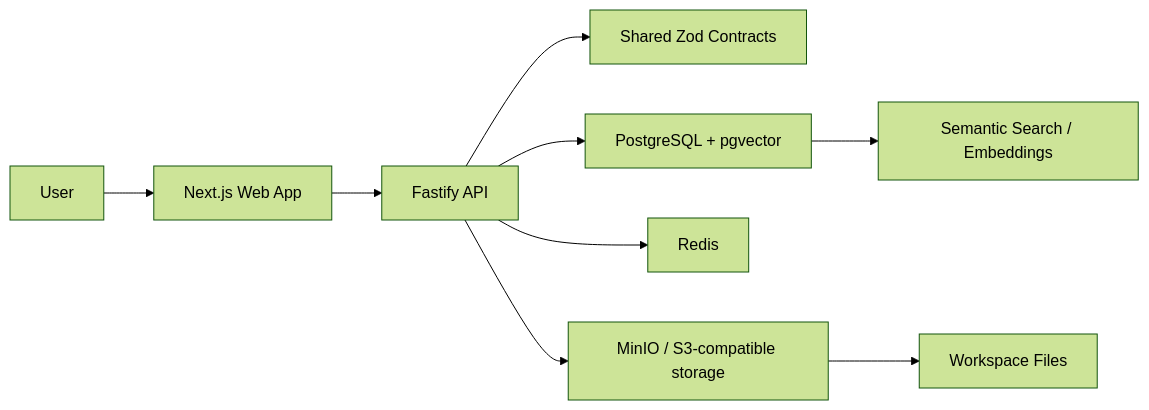
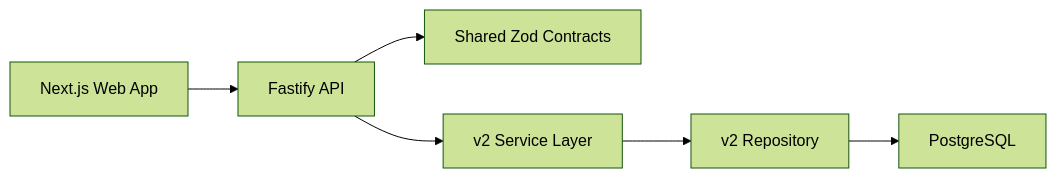
One commit to Ckobah/yadraw changed the first of 2 diagrams in README.md. Above: the diagram before and after it, drawn with Mermaid (forest theme). The commit also changed other lines of this file, not shown here.

````diff
--- a/README.md
+++ b/README.md
@@ -62,11 +75,8 @@
 ```mermaid
 flowchart LR
-  User["User"] --> Web["Next.js Web App"]
-  Web --> API["Fastify API"]
-  API --> Shared["Shared Zod Contracts"]
-  API --> Postgres["PostgreSQL + pgvector"]
-  API --> Redis["Redis"]
-  API --> MinIO["MinIO / S3-compatible storage"]
-  Postgres --> Search["Semantic Search / Embeddings"]
-  MinIO --> Files["Workspace Files"]
+  Web["Next.js Web App"] --> API["Fastify API"]
+  API --> Contracts["Shared Zod Contracts"]
+  API --> Service["v2 Service Layer"]
+  Service --> Repository["v2 Repository"]
+  Repository --> Postgres["PostgreSQL"]
 ```
````
